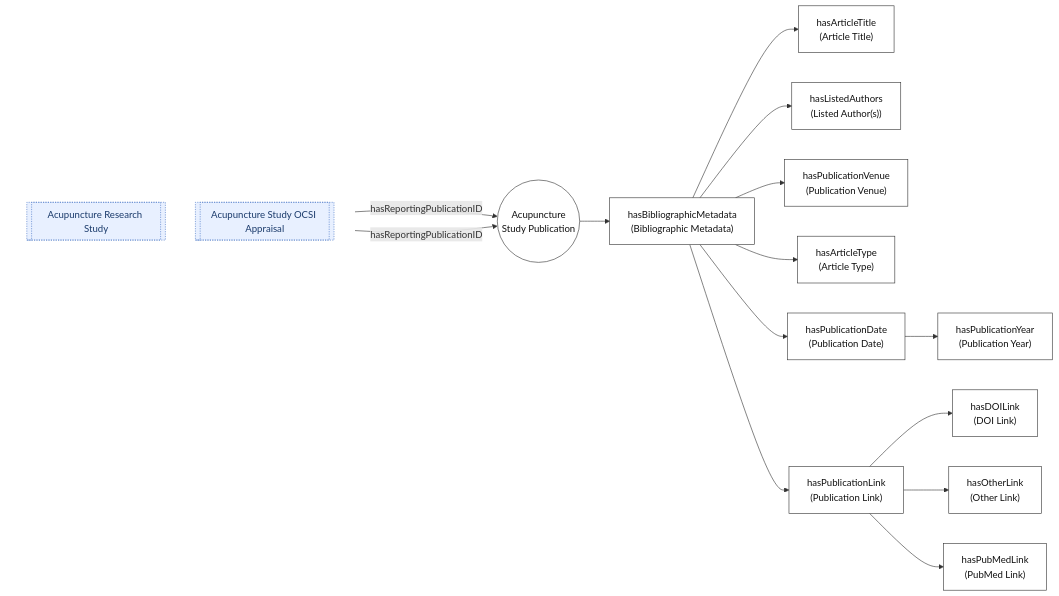
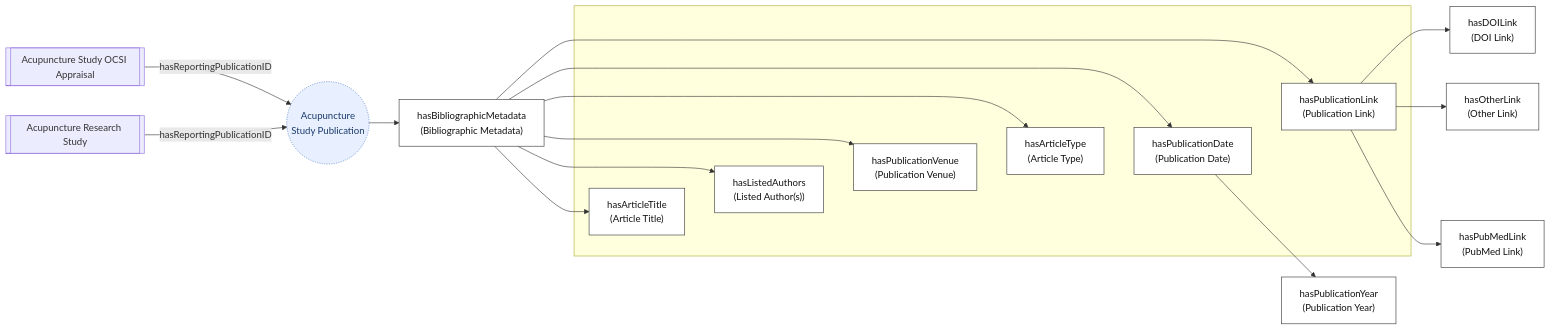
The second of 5 diagrams in ontology-files/base/articles-kb/articles-kb-core/README.md (smtifahim/TARA-Ontology-Repository), drawn with Mermaid before and after one commit. The commit also changed other lines of this file, not shown here.

````diff
--- a/ontology-files/base/articles-kb/articles-kb-core/README.md
+++ b/ontology-files/base/articles-kb/articles-kb-core/README.md
@@ -48,40 +48,40 @@
 ```mermaid
 flowchart LR
     classDef group fill:#eee,stroke:#999,stroke-dasharray: 3 3,color:#555
     classDef field fill:#ffffff,stroke:#333,color:#111
     classDef linked fill:#e8f0ff,stroke:#4472c4,stroke-dasharray: 2 2,color:#1a3a6b
 
     PUB(("Acupuncture<br/>Study Publication")):::field
     BIB["hasBibliographicMetadata<br/>(Bibliographic Metadata)"]:::field
-    TITLE["hasArticleTitle<br/>(Article Title)"]:::field
-    AUTH["hasListedAuthors<br/>(Listed Author(s))"]:::field
-    VENUE["hasPublicationVenue<br/>(Publication Venue)"]:::field
-    ATYPE["hasArticleType<br/>(Article Type)"]:::field
-    PDATE["hasPublicationDate<br/>(Publication Date)"]:::field
+
+    subgraph BIB_FIELDS [" "]
+        TITLE["hasArticleTitle<br/>(Article Title)"]:::field
+        ATYPE["hasArticleType<br/>(Article Type)"]:::field
+        AUTH["hasListedAuthors<br/>(Listed Author(s))"]:::field
+        PDATE["hasPublicationDate<br/>(Publication Date)"]:::field
+        PLINK["hasPublicationLink<br/>(Publication Link)"]:::field
+        VENUE["hasPublicationVenue<br/>(Publication Venue)"]:::field
+
+        TITLE ~~~ AUTH ~~~ VENUE ~~~ ATYPE ~~~ PDATE ~~~ PLINK
+    end
+
     PYEAR["hasPublicationYear<br/>(Publication Year)"]:::field
-    PLINK["hasPublicationLink<br/>(Publication Link)"]:::field
     DOI["hasDOILink<br/>(DOI Link)"]:::field
     OTHER["hasOtherLink<br/>(Other Link)"]:::field
     PUBMED["hasPubMedLink<br/>(PubMed Link)"]:::field
 
     PUB --> BIB
     BIB --> TITLE
+    BIB --> ATYPE
     BIB --> AUTH
-    BIB --> VENUE
-    BIB --> ATYPE
     BIB --> PDATE --> PYEAR
     BIB --> PLINK
     PLINK --> DOI
     PLINK --> OTHER
     PLINK --> PUBMED
+    BIB --> VENUE
 
-    subgraph PUB_LINKS [" "]
-        direction TB
-        STUDY_EXT[["Acupuncture Research Study"]]:::linked
-        OCSI_EXT[["Acupuncture Study OCSI Appraisal"]]:::linked
-    end
-    style PUB_LINKS fill:none,stroke:none
-
-    STUDY_EXT -- hasReportingPublicationID --> PUB
-    OCSI_EXT -- hasReportingPublicationID --> PUB
+    STUDY_EXT[["Acupuncture Research Study"]] -- hasReportingPublicationID --> PUB:::linked
+    
+    OCSI_EXT[["Acupuncture Study OCSI Appraisal"]] -- hasReportingPublicationID --> PUB:::linked
 ```
````
